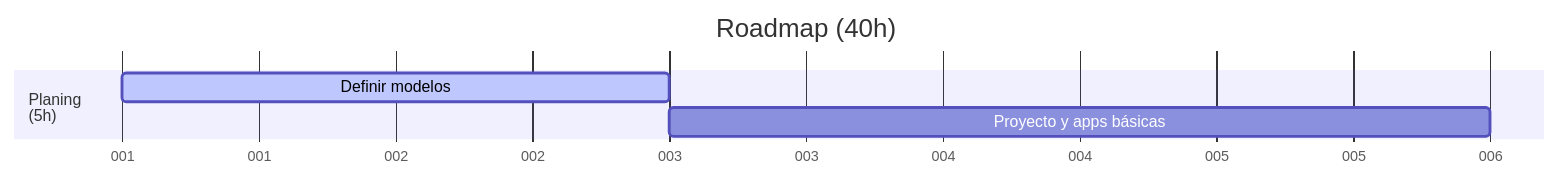
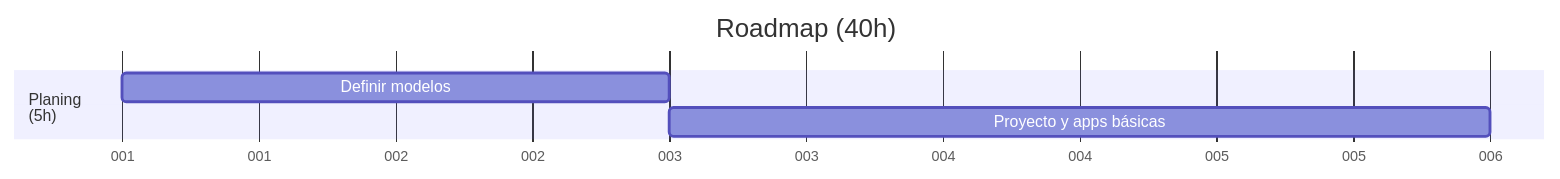
The diagram in .info/1.planing.md (Covija97/BadenTracker), drawn with Mermaid before and after one commit.

````diff
--- a/.info/1.planing.md
+++ b/.info/1.planing.md
@@ -8,10 +8,10 @@
 ```mermaid
 gantt
     title Roadmap (40h)
     dateFormat  DDD
     axisFormat %j
 
     section Planing<br>(5h)
-    Definir modelos             :active, 01-01, 2d
+    Definir modelos             : 01-01, 2d
     Proyecto y apps básicas     : 01-03, 3d
 ```
````
